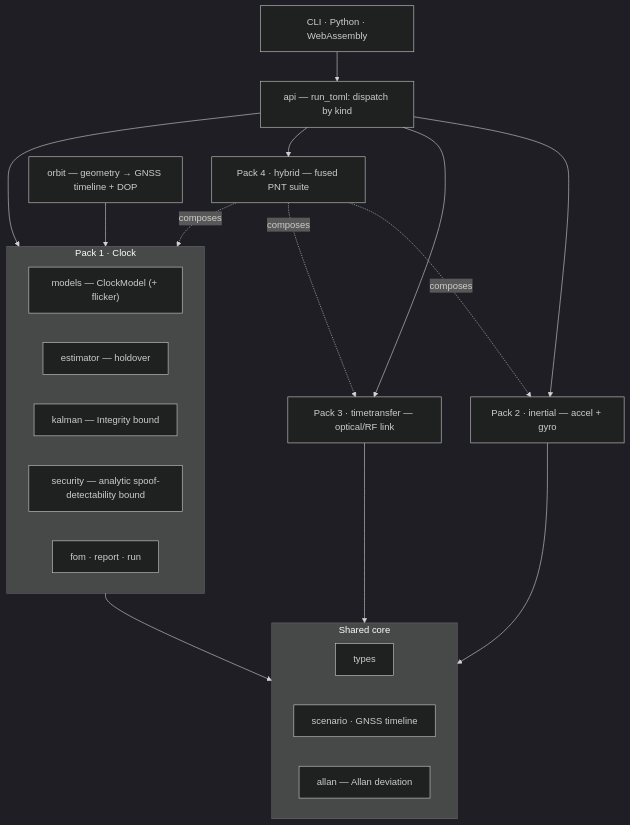
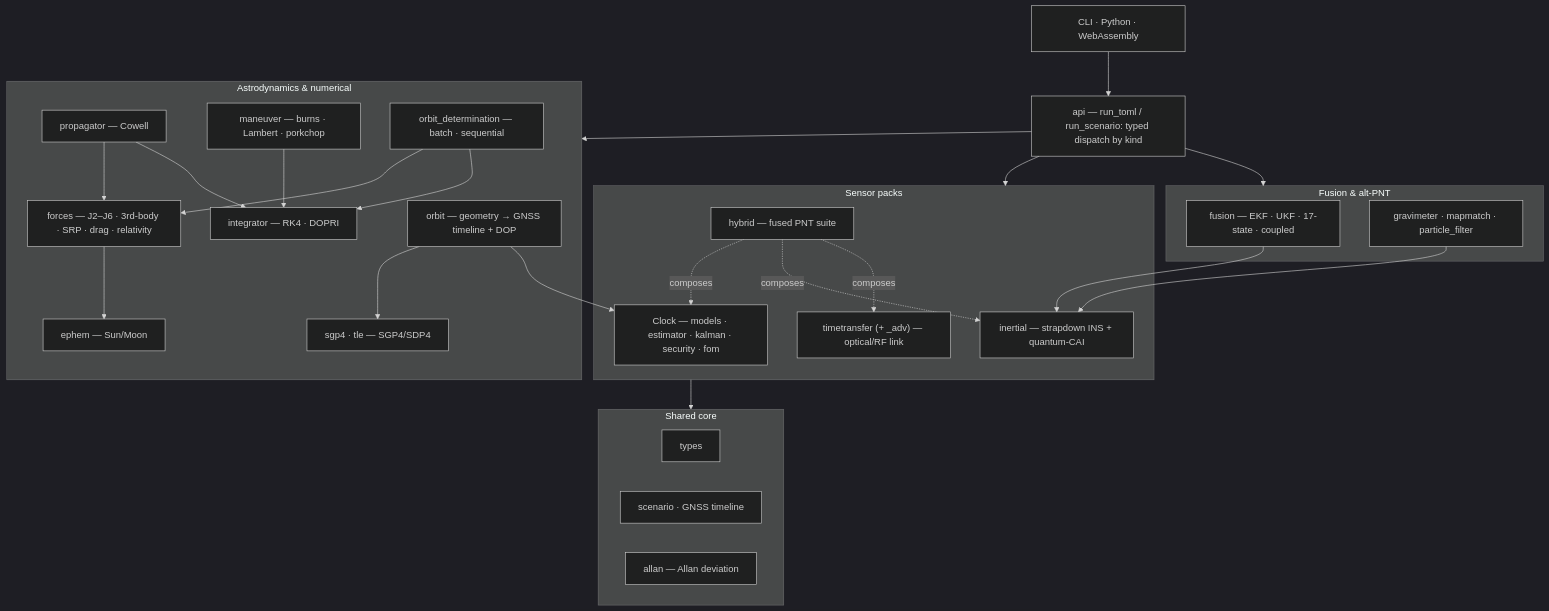
Before and after one commit to ashfordeOU/kshana: the second of 2 diagrams in README.md, drawn with Mermaid (dark theme). The commit also changed other lines of this file and 3 other files, not shown here.

````diff
--- a/README.md
+++ b/README.md
@@ -489,31 +492,46 @@
 ```mermaid
 flowchart TD
-    cli["CLI · Python · WebAssembly"] --> api["api — run_toml: dispatch by kind"]
+    cli["CLI · Python · WebAssembly"] --> api["api — run_toml / run_scenario: typed dispatch by kind"]
     subgraph shared["Shared core"]
       types["types"]
       scenario["scenario · GNSS timeline"]
       allan["allan — Allan deviation"]
     end
-    subgraph p1["Pack 1 · Clock"]
-      models["models — ClockModel (+ flicker)"]
-      estimator["estimator — holdover"]
-      kalman["kalman — Integrity bound"]
-      security["security — analytic spoof-detectability bound"]
-      fom["fom · report · run"]
+    subgraph packs["Sensor packs"]
+      p1["Clock — models · estimator · kalman · security · fom"]
+      p2["inertial — strapdown INS + quantum-CAI"]
+      p3["timetransfer (+ _adv) — optical/RF link"]
+      p4["hybrid — fused PNT suite"]
     end
-    p2["Pack 2 · inertial — accel + gyro"]
-    p3["Pack 3 · timetransfer — optical/RF link"]
-    p4["Pack 4 · hybrid — fused PNT suite"]
-    orbit["orbit — geometry → GNSS timeline + DOP"]
-    api --> p1
-    api --> p2
-    api --> p3
-    api --> p4
-    p1 --> shared
-    p2 --> shared
-    p3 --> shared
+    subgraph astro["Astrodynamics & numerical"]
+      orbit["orbit — geometry → GNSS timeline + DOP"]
+      sgp4["sgp4 · tle — SGP4/SDP4"]
+      prop["propagator — Cowell"]
+      forces["forces — J2–J6 · 3rd-body · SRP · drag · relativity"]
+      integ["integrator — RK4 · DOPRI"]
+      ephem["ephem — Sun/Moon"]
+      man["maneuver — burns · Lambert · porkchop"]
+      od["orbit_determination — batch · sequential"]
+    end
+    subgraph fnav["Fusion & alt-PNT"]
+      fus["fusion — EKF · UKF · 17-state · coupled"]
+      grav["gravimeter · mapmatch · particle_filter"]
+    end
+    api --> packs
+    api --> astro
+    api --> fnav
+    packs --> shared
+    orbit --> sgp4
+    prop --> forces
+    prop --> integ
+    forces --> ephem
+    man --> integ
+    od --> forces
+    od --> integ
+    fus --> p2
+    grav --> p2
     orbit --> p1
     p4 -. composes .-> p1
     p4 -. composes .-> p2
     p4 -. composes .-> p3
 ```
````
